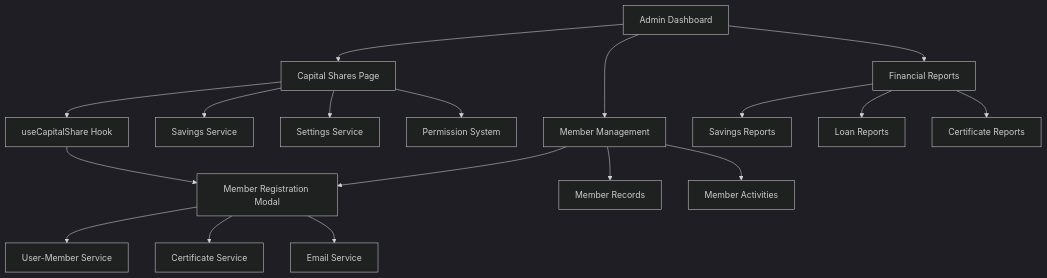
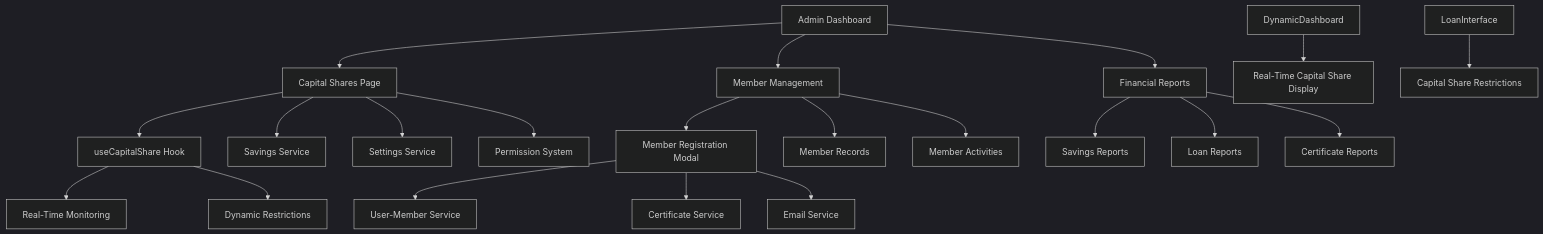
Before and after one commit to Unsure-bry/sampacoop_system: the third of 15 diagrams in .qoder/repowiki/en/content/Project Overview/Core Features & Functionality/Administrative Features/Capital Shares Management System.md, drawn with Mermaid (dark theme). The commit also changed other lines of this file and 3 other files, not shown here.

````diff
--- a/.qoder/repowiki/en/content/Project Overview/Core Features & Functionality/Administrative Features/Capital Shares Management System.md
+++ b/.qoder/repowiki/en/content/Project Overview/Core Features & Functionality/Administrative Features/Capital Shares Management System.md
@@ -201,20 +229,23 @@
 ```mermaid
 graph TD
 AdminDashboard[Admin Dashboard] --> CapitalShares[Capital Shares Page]
 AdminDashboard --> MemberManagement[Member Management]
 AdminDashboard --> FinancialReports[Financial Reports]
 MemberManagement --> MemberRegistration[Member Registration Modal]
 MemberManagement --> MemberRecords[Member Records]
 MemberManagement --> MemberActivities[Member Activities]
 FinancialReports --> SavingsReport[Savings Reports]
 FinancialReports --> LoanReports[Loan Reports]
 FinancialReports --> CertificateReports[Certificate Reports]
 CapitalShares --> useCapitalShare[useCapitalShare Hook]
 CapitalShares --> SavingsService[Savings Service]
 CapitalShares --> SettingsService[Settings Service]
 CapitalShares --> Permissions[Permission System]
-useCapitalShare --> MemberRegistration[Member Registration Modal]
+useCapitalShare --> RealTimeMonitoring[Real-Time Monitoring]
+useCapitalShare --> DynamicRestrictions[Dynamic Restrictions]
 MemberRegistration --> UserMemberService[User-Member Service]
 MemberRegistration --> CertificateService[Certificate Service]
 MemberRegistration --> EmailService[Email Service]
+DynamicDashboard --> RealTimeCapitalShare[Real-Time Capital Share Display]
+LoanInterface --> CapitalShareRestrictions[Capital Share Restrictions]
 ```
````
